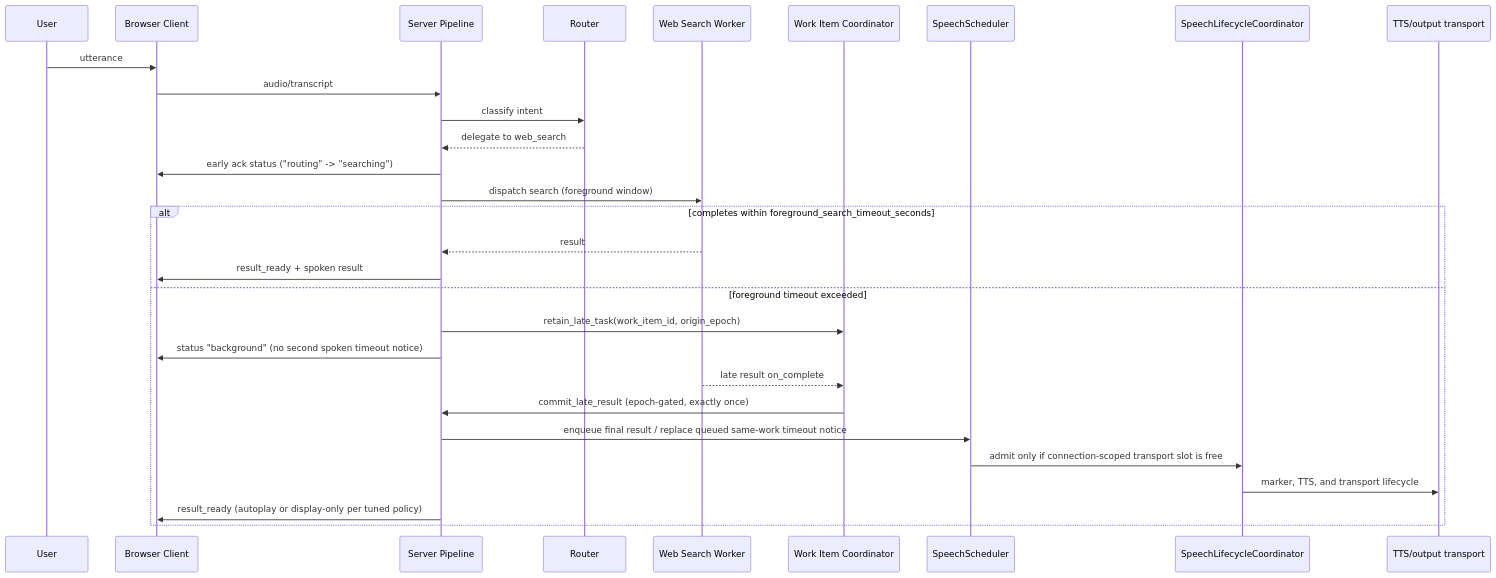
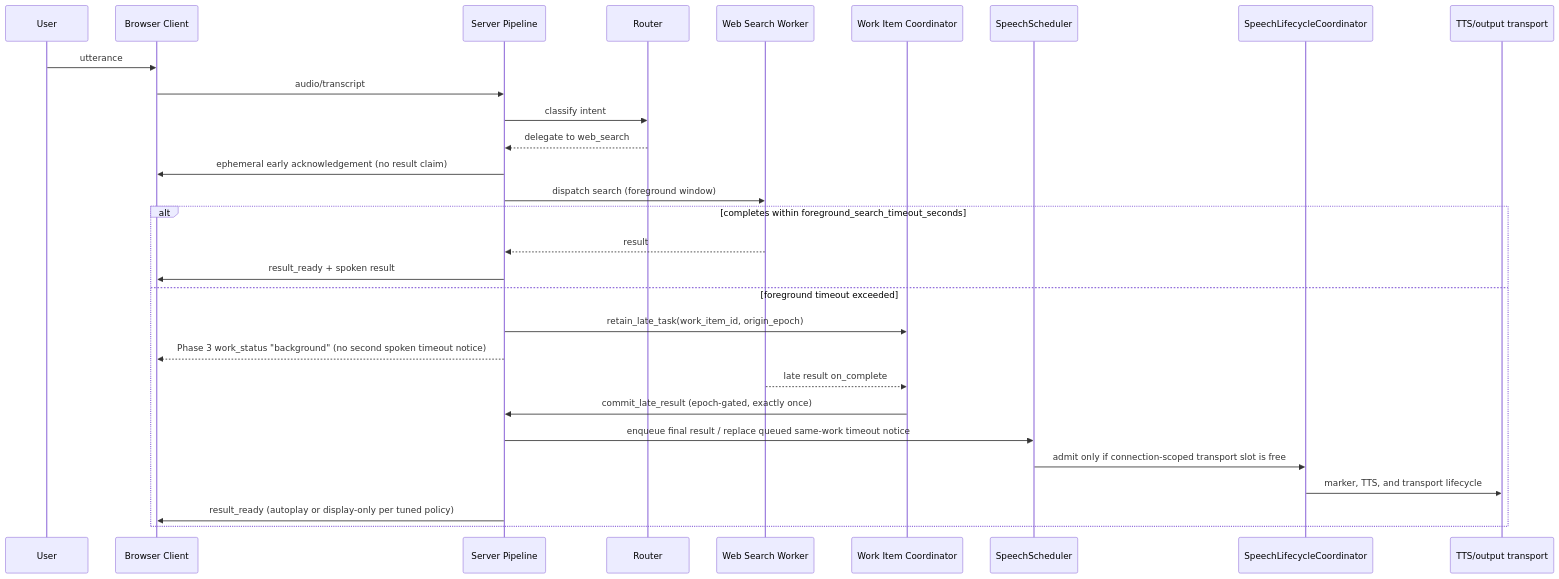
One commit to vr000m/pipecat-subagents-lab changed the second of 2 diagrams in docs/dev_plans/20260728-feature-early-ack-background-delivery-v0.1.3.md. Above: the diagram before and after it, drawn with Mermaid. The commit also changed other lines of this file, not shown here.

````diff
--- a/docs/dev_plans/20260728-feature-early-ack-background-delivery-v0.1.3.md
+++ b/docs/dev_plans/20260728-feature-early-ack-background-delivery-v0.1.3.md
@@ -50,32 +50,32 @@
 ```mermaid
 sequenceDiagram
     participant U as User
     participant B as Browser Client
     participant P as Server Pipeline
     participant R as Router
     participant W as Web Search Worker
     participant C as Work Item Coordinator
     participant S as SpeechScheduler
     participant L as SpeechLifecycleCoordinator
     participant O as TTS/output transport
 
     U->>B: utterance
     B->>P: audio/transcript
     P->>R: classify intent
     R-->>P: delegate to web_search
-    P->>B: early ack status ("routing" -> "searching") 
+    P->>B: ephemeral early acknowledgement (no result claim)
     P->>W: dispatch search (foreground window)
     alt completes within foreground_search_timeout_seconds
         W-->>P: result
         P->>B: result_ready + spoken result
     else foreground timeout exceeded
         P->>C: retain_late_task(work_item_id, origin_epoch)
-        P->>B: status "background" (no second spoken timeout notice)
+        P-->>B: Phase 3 work_status "background" (no second spoken timeout notice)
         W-->>C: late result on_complete
         C->>P: commit_late_result (epoch-gated, exactly once)
         P->>S: enqueue final result / replace queued same-work timeout notice
         S->>L: admit only if connection-scoped transport slot is free
         L->>O: marker, TTS, and transport lifecycle
         P->>B: result_ready (autoplay or display-only per tuned policy)
     end
 ```
````
